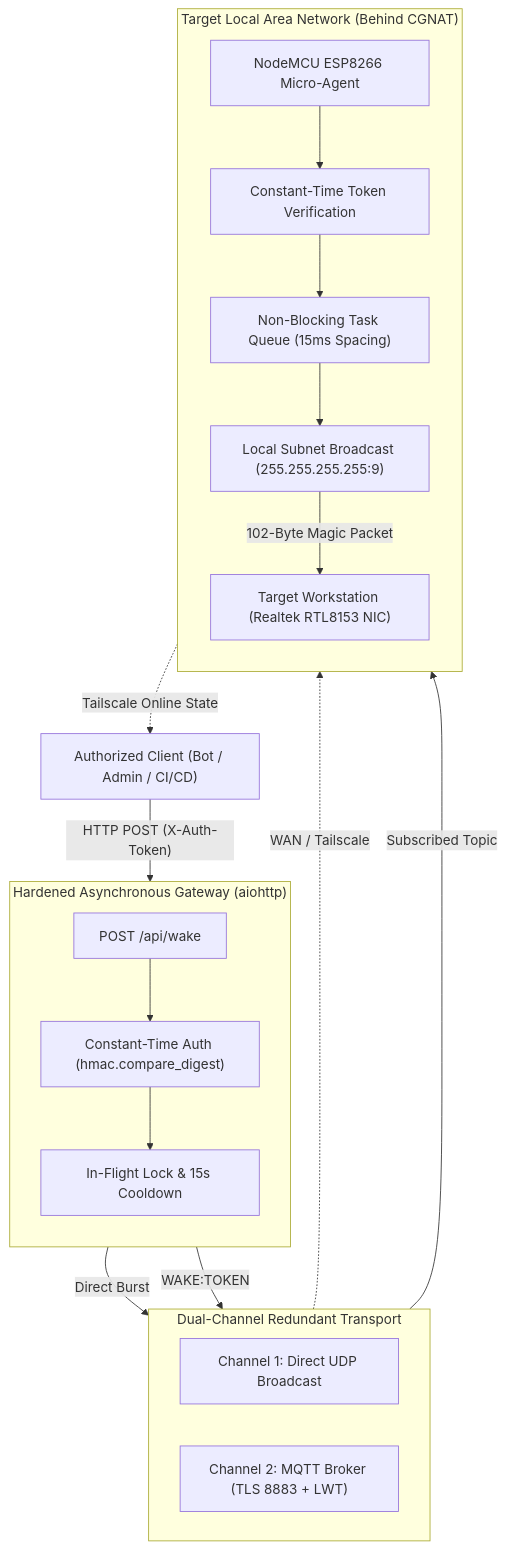
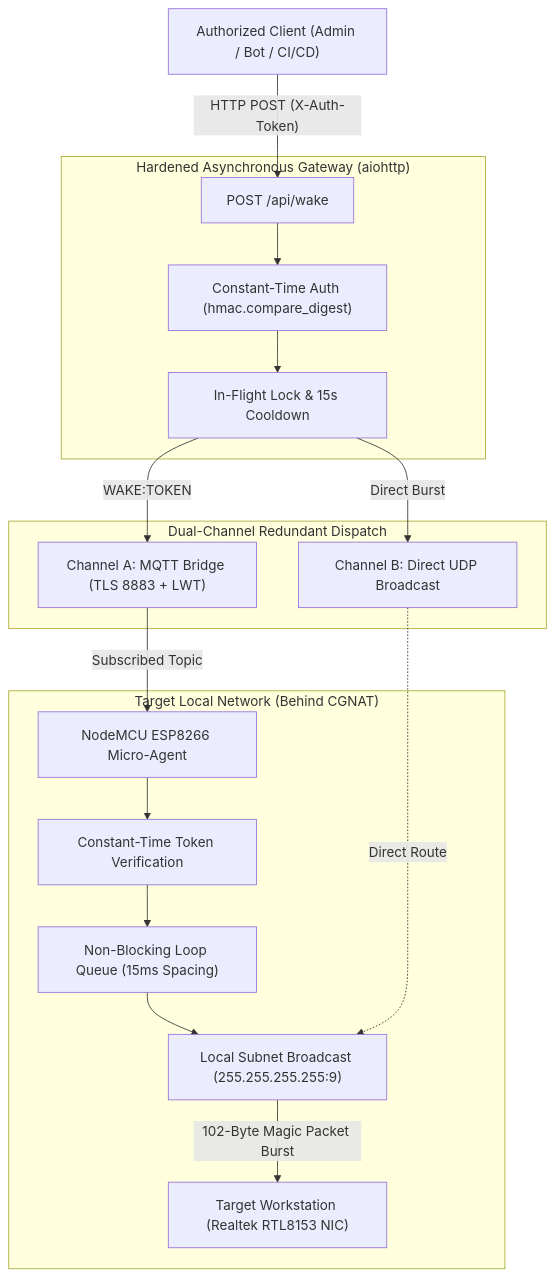
One commit to g210101021/esp8266-secure-wol-bridge changed the diagram in README.md. Above: the diagram before and after it, drawn with Mermaid.

Commit message:
fix(docs): establish verified pure-DAG layout for optimal Mermaid symmetry

````diff
--- a/README.md
+++ b/README.md
@@ -55,39 +55,34 @@
 ```mermaid
 flowchart TD
-    Client["Authorized Client (Bot / Admin / CI/CD)"]
+    Client["Authorized Client (Admin / Bot / CI/CD)"]
 
     subgraph Gateway["Hardened Asynchronous Gateway (aiohttp)"]
-        direction TB
         API["POST /api/wake"]
         Auth["Constant-Time Auth (hmac.compare_digest)"]
         Dedupe["In-Flight Lock & 15s Cooldown"]
         API --> Auth --> Dedupe
     end
 
-    subgraph Transport["Dual-Channel Redundant Transport"]
-        direction LR
-        UDP["Channel 1: Direct UDP Broadcast"]
-        MQTT["Channel 2: MQTT Broker (TLS 8883 + LWT)"]
+    subgraph Transport["Dual-Channel Redundant Dispatch"]
+        MQTT["Channel A: MQTT Bridge (TLS 8883 + LWT)"]
+        UDP["Channel B: Direct UDP Broadcast"]
     end
 
-    subgraph Edge["Target Local Area Network (Behind CGNAT)"]
-        direction TB
+    subgraph Edge["Target Local Network (Behind CGNAT)"]
         ESP["NodeMCU ESP8266 Micro-Agent"]
         Verify["Constant-Time Token Verification"]
-        Queue["Non-Blocking Task Queue (15ms Spacing)"]
+        Queue["Non-Blocking Loop Queue (15ms Spacing)"]
         Subnet["Local Subnet Broadcast (255.255.255.255:9)"]
         TargetPC["Target Workstation (Realtek RTL8153 NIC)"]
 
         ESP --> Verify --> Queue --> Subnet
-        Subnet -->|"102-Byte Magic Packet"| TargetPC
+        Subnet -->|"102-Byte Magic Packet Burst"| TargetPC
     end
 
     Client -->|"HTTP POST (X-Auth-Token)"| API
+    Dedupe -->|"WAKE:TOKEN"| MQTT
     Dedupe -->|"Direct Burst"| UDP
-    Dedupe -->|"WAKE:TOKEN"| MQTT
 
-    UDP -.->|"WAN / Tailscale"| Subnet
     MQTT -->|"Subscribed Topic"| ESP
-
-    TargetPC -.->|"Tailscale Online State"| Client
+    UDP -.->|"Direct Route"| Subnet
 ```
````
